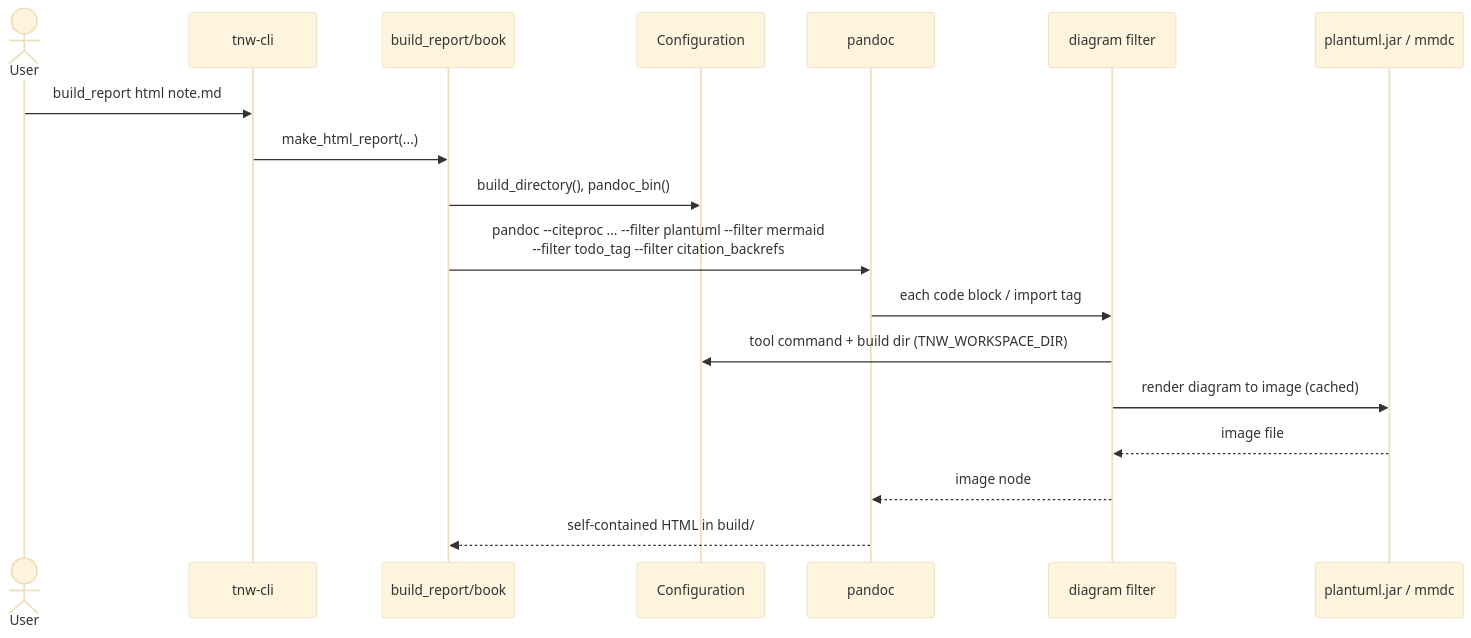
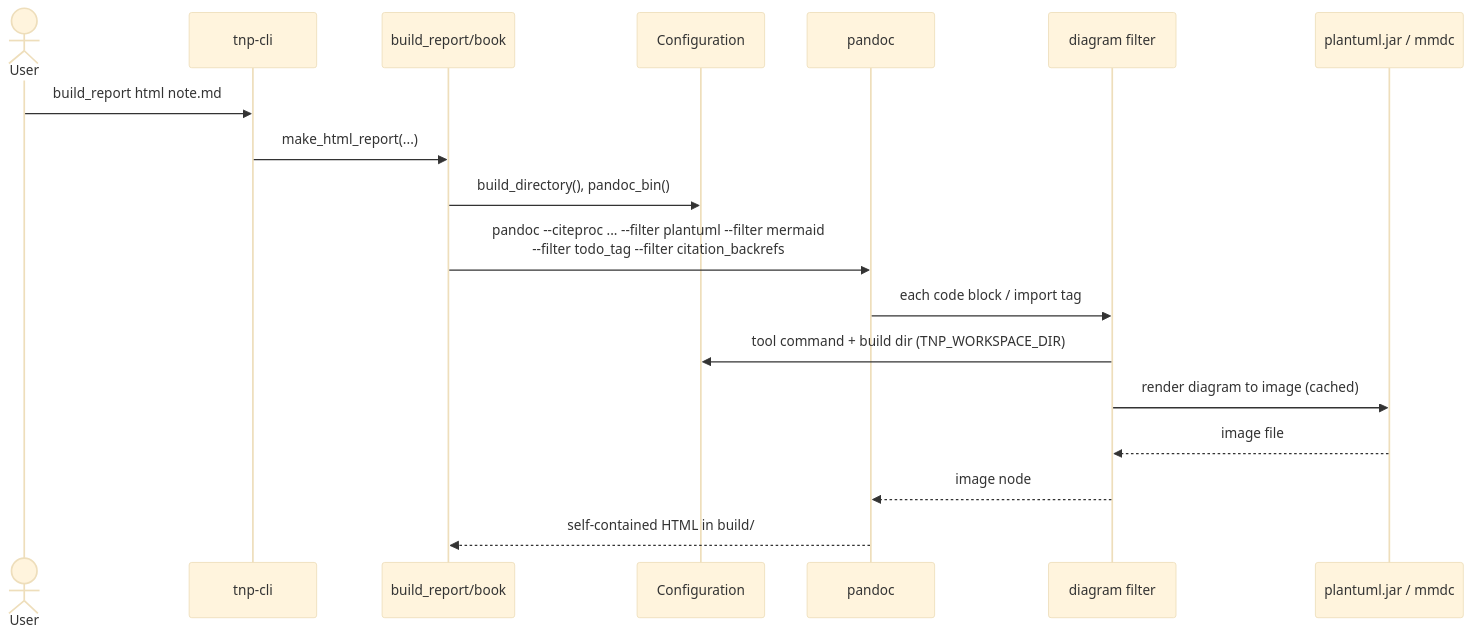
The fourth of 10 diagrams in docs/design.md (dgerod/tnp), drawn with Mermaid (base theme) before and after one commit. The commit also changed other lines of this file and 116 other files, not shown here.

First line of the commit message:
refactor!: rename 'tnw' to 'tnp'

````diff
--- a/docs/design.md
+++ b/docs/design.md
@@ -308,20 +308,20 @@
 ```mermaid
 sequenceDiagram
     actor User
-    participant CLI as tnw-cli
+    participant CLI as tnp-cli
     participant OP as build_report/book
     participant CFG as Configuration
     participant PAN as pandoc
     participant FIL as diagram filter
     participant TOOL as plantuml.jar / mmdc
     User->>CLI: build_report html note.md
     CLI->>OP: make_html_report(...)
     OP->>CFG: build_directory(), pandoc_bin()
     OP->>PAN: pandoc --citeproc ... --filter plantuml --filter mermaid<br>--filter todo_tag --filter citation_backrefs
     PAN->>FIL: each code block / import tag
-    FIL->>CFG: tool command + build dir (TNW_WORKSPACE_DIR)
+    FIL->>CFG: tool command + build dir (TNP_WORKSPACE_DIR)
     FIL->>TOOL: render diagram to image (cached)
     TOOL-->>FIL: image file
     FIL-->>PAN: image node
     PAN-->>OP: self-contained HTML in build/
 ```
````
